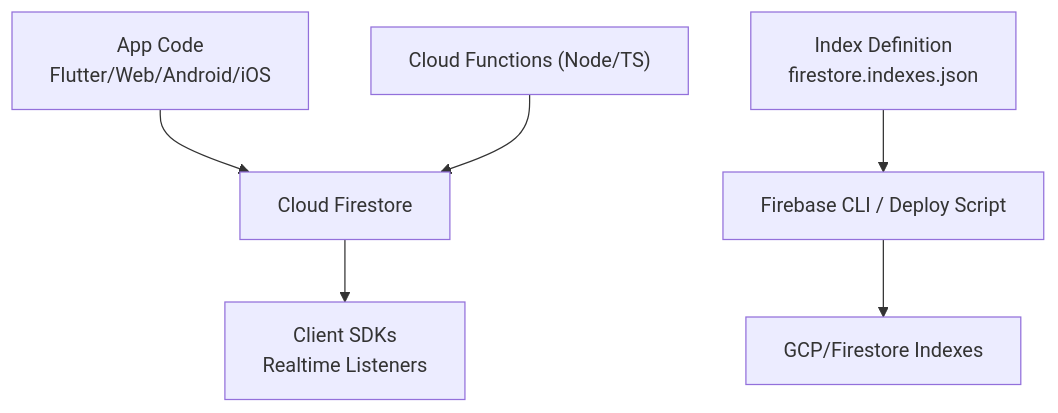
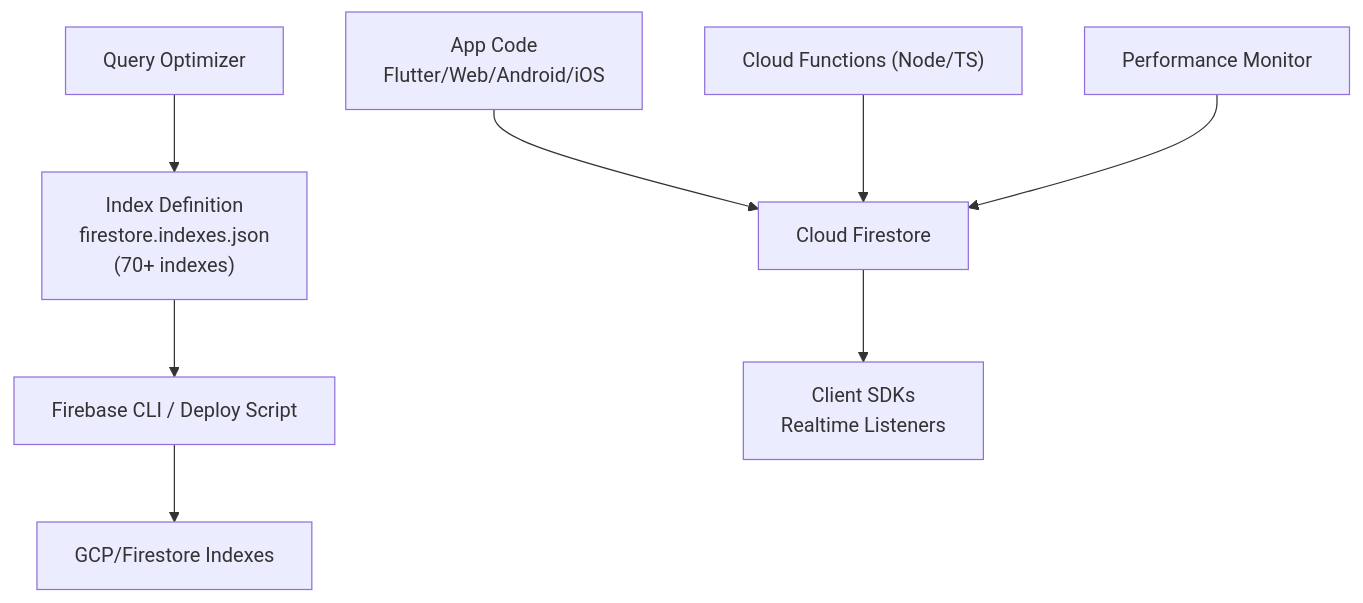
The first of 3 diagrams in .qoder/repowiki/en/content/Database Design & Schema/Indexing & Query Optimization.md (raihom-netizen/com.gestaoyahwehios.app), drawn with Mermaid before and after one commit. The commit also changed other lines of this file and 161 other files, not shown here.

````diff
--- a/.qoder/repowiki/en/content/Database Design & Schema/Indexing & Query Optimization.md
+++ b/.qoder/repowiki/en/content/Database Design & Schema/Indexing & Query Optimization.md
@@ -31,8 +39,10 @@
 ```mermaid
 graph TB
 A["App Code<br/>Flutter/Web/Android/iOS"] --> B["Cloud Firestore"]
 C["Cloud Functions (Node/TS)"] --> B
-D["Index Definition<br/>firestore.indexes.json"] --> E["Firebase CLI / Deploy Script"]
+D["Index Definition<br/>firestore.indexes.json<br/>(70+ indexes)"] --> E["Firebase CLI / Deploy Script"]
 E --> F["GCP/Firestore Indexes"]
 B --> G["Client SDKs<br/>Realtime Listeners"]
+H["Query Optimizer"] --> D
+I["Performance Monitor"] --> B
 ```
````
